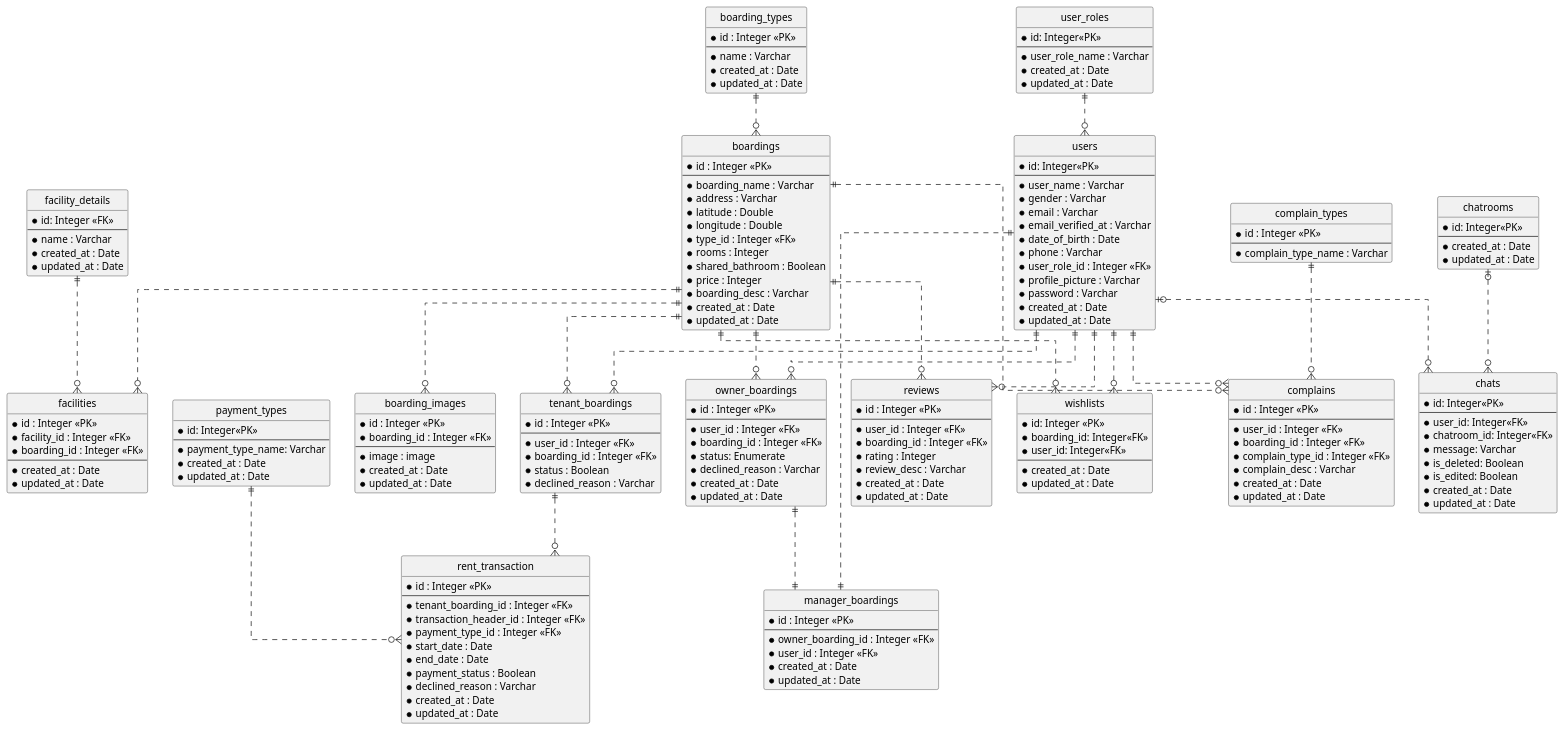
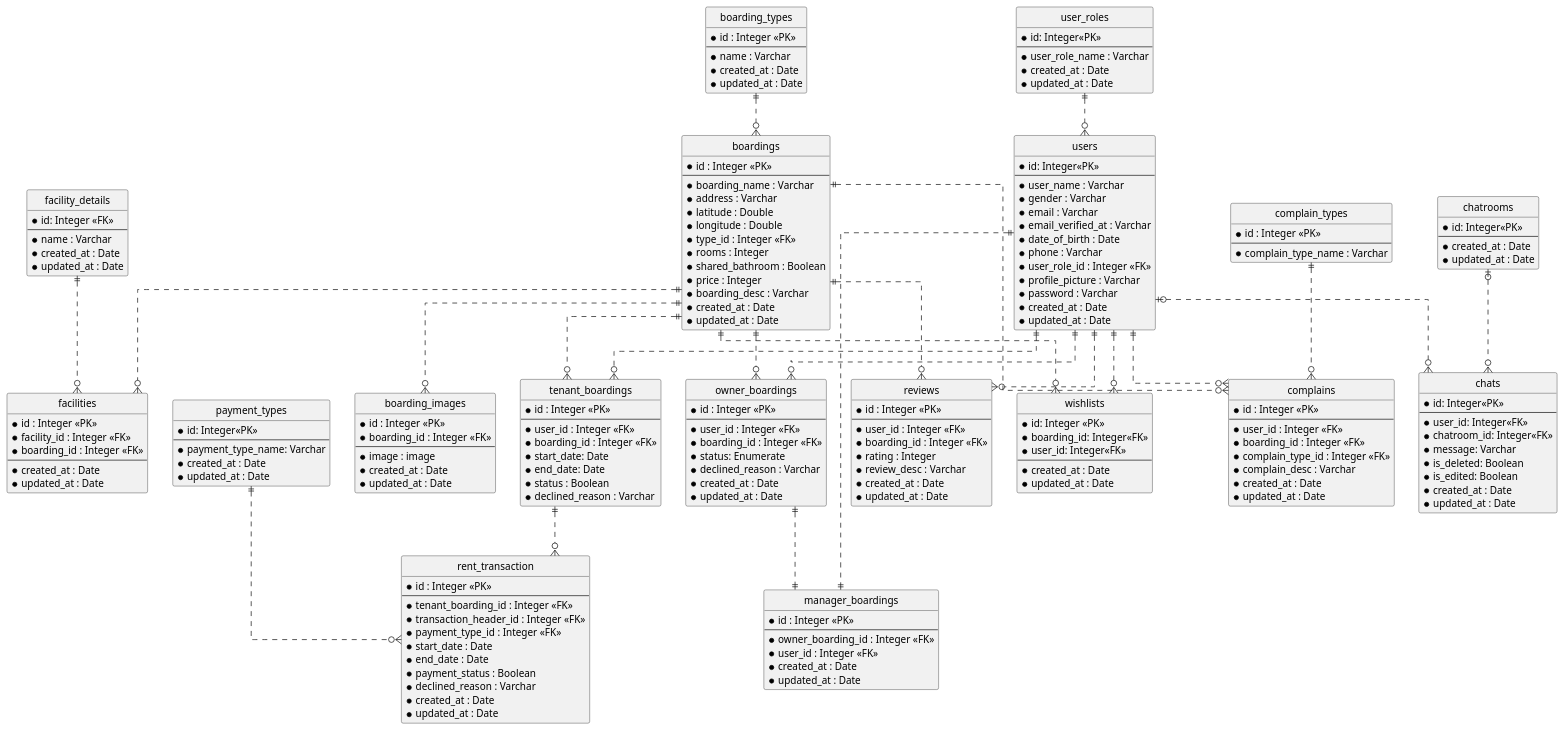
The diagram in Design/BHFMS_ERD.puml (AntWort21/BHFMS), drawn with PlantUML before and after one commit.

Commit message:
added start_date and end_date in tenant_boardings ERD

```diff
--- a/Design/BHFMS_ERD.puml
+++ b/Design/BHFMS_ERD.puml
@@ -58,6 +58,8 @@
   --
   *user_id : Integer <<FK>>
   *boarding_id : Integer <<FK>>
+  *start_date: Date
+  *end_date: Date
   *status : Boolean
   *declined_reason : Varchar
 }
```
